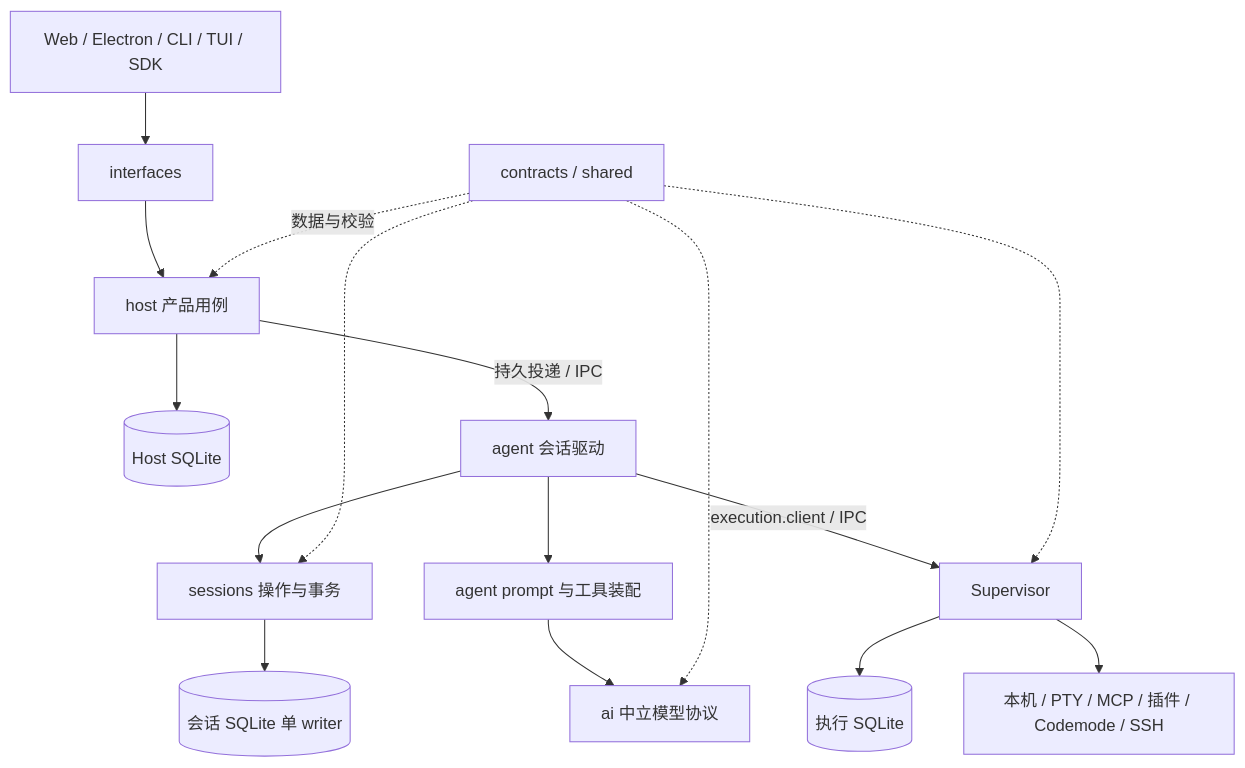
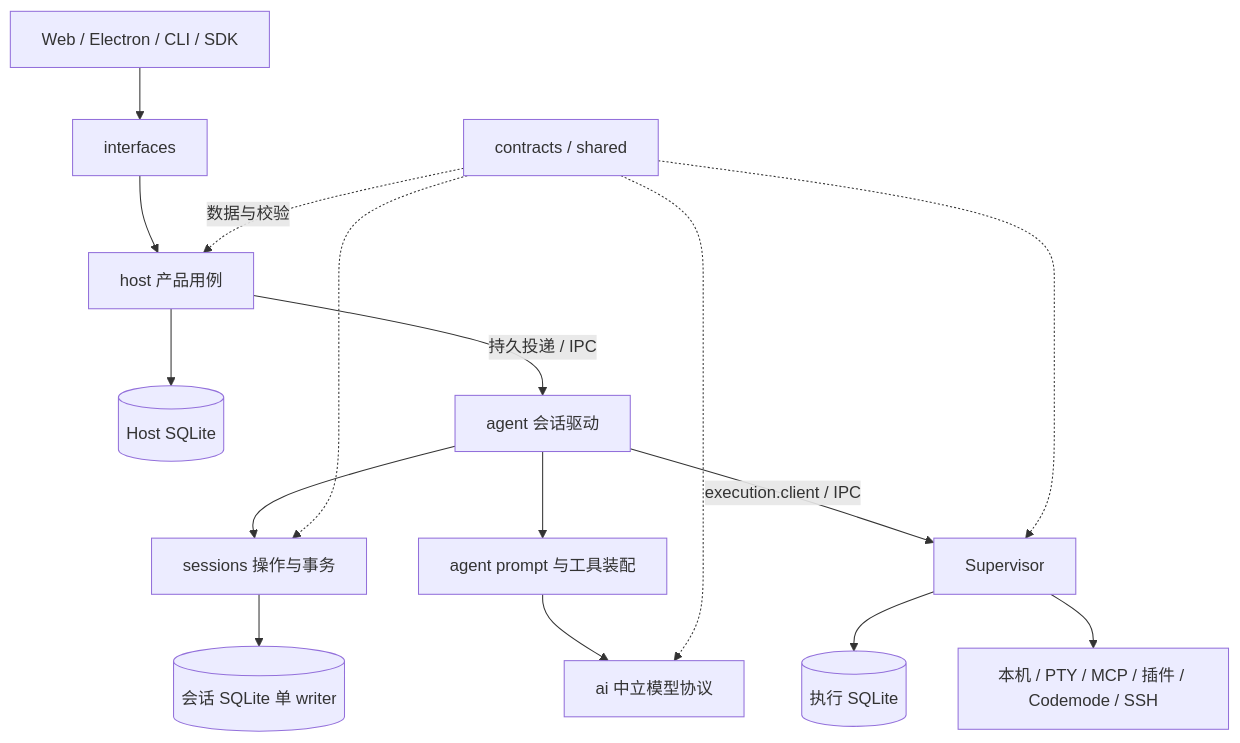
Before and after one commit to boomytc/AmazMe: the diagram in backend/ARCHITECTURE.md, drawn with Mermaid. The commit also changed other lines of this file and 6 other files, not shown here.

````diff
--- a/backend/ARCHITECTURE.md
+++ b/backend/ARCHITECTURE.md
@@ -29,18 +29,18 @@
 ```mermaid
 flowchart TD
-    Clients[Web / Electron / CLI / TUI / SDK] --> Interfaces[interfaces]
+    Clients[Web / Electron / CLI / SDK] --> Interfaces[interfaces]
     Interfaces --> Host[host 产品用例]
     Host --> HostDB[(Host SQLite)]
     Host -->|持久投递 / IPC| Worker[agent 会话驱动]
     Worker --> Sessions[sessions 操作与事务]
     Sessions --> SessionDB[(会话 SQLite 单 writer)]
     Worker --> Product[agent prompt 与工具装配]
     Product --> AI[ai 中立模型协议]
     Worker -->|execution.client / IPC| Supervisor[Supervisor]
     Supervisor --> ExecutionDB[(执行 SQLite)]
     Supervisor --> Tools[本机 / PTY / MCP / 插件 / Codemode / SSH]
     Contracts[contracts / shared] -. 数据与校验 .-> Host
     Contracts -.-> Sessions
     Contracts -.-> AI
     Contracts -.-> Supervisor
 ```
````
